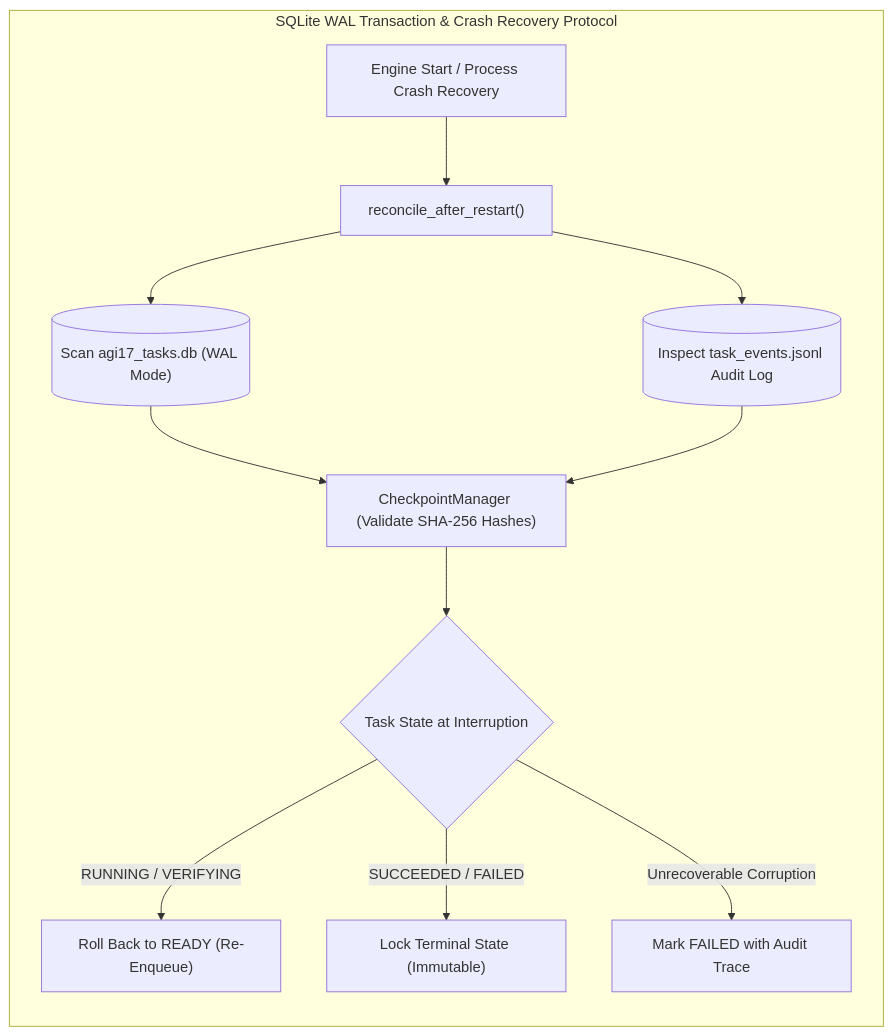
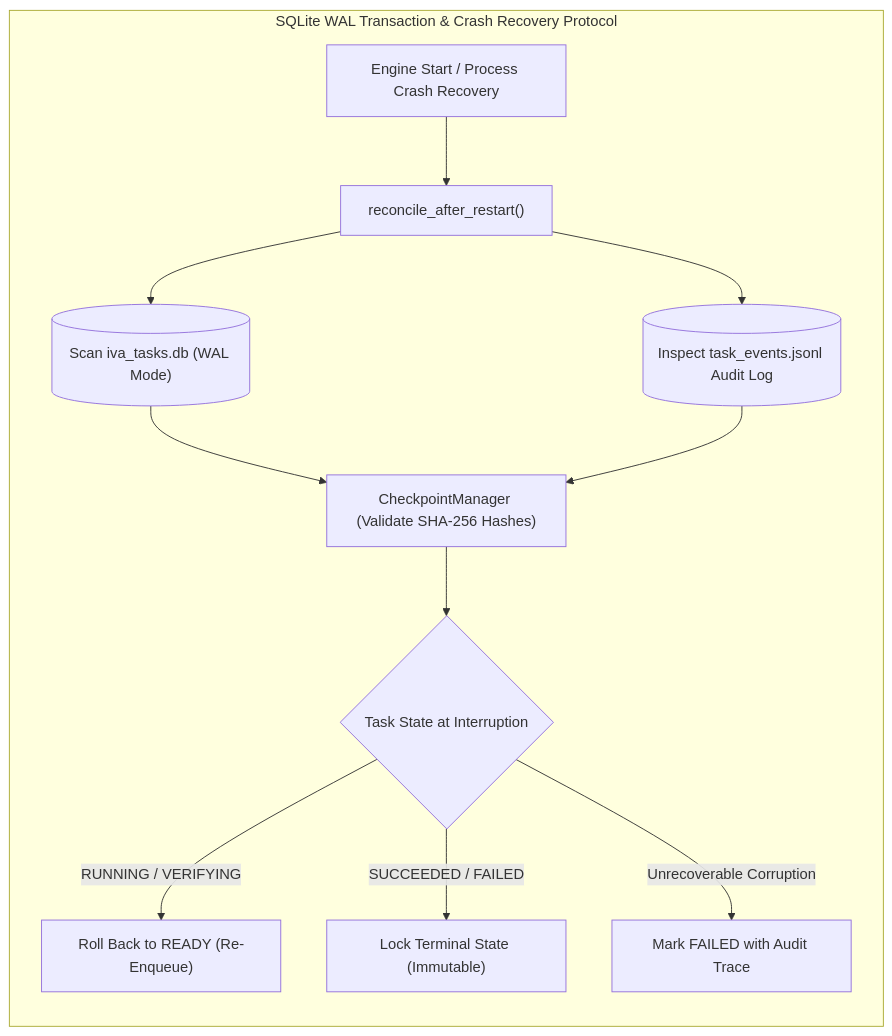
One commit to Abhishek200416/IVA changed the sixth of 13 diagrams in README.md. Above: the diagram before and after it, drawn with Mermaid. The commit also changed other lines of this file and 1959 other files, not shown here.

First line of the commit message:
feat(iva): rename agents/AGI_1_7 to agents/IVA, scrub all AGI references to IVA, and establish top-level tests/ (#13)

````diff
--- a/README.md
+++ b/README.md
@@ -363,14 +363,14 @@
 ```mermaid
 flowchart TD
     subgraph WalEngine ["SQLite WAL Transaction & Crash Recovery Protocol"]
         direction TB
         RESTART["Engine Start / Process Crash Recovery"] --> RECON["reconcile_after_restart()"]
-        RECON --> SCAN_DB[("Scan agi17_tasks.db (WAL Mode)")]
+        RECON --> SCAN_DB[("Scan iva_tasks.db (WAL Mode)")]
         RECON --> SCAN_LOG[("Inspect task_events.jsonl Audit Log")]
         SCAN_DB & SCAN_LOG --> CHECK_SUM["CheckpointManager (Validate SHA-256 Hashes)"]
         CHECK_SUM --> STATE_INSPECT{"Task State at Interruption"}
         STATE_INSPECT -- "RUNNING / VERIFYING" --> RESET_READY["Roll Back to READY (Re-Enqueue)"]
         STATE_INSPECT -- "SUCCEEDED / FAILED" --> LOCK_TERM["Lock Terminal State (Immutable)"]
         STATE_INSPECT -- "Unrecoverable Corruption" --> MARK_FAIL["Mark FAILED with Audit Trace"]
     end
 ```
````
